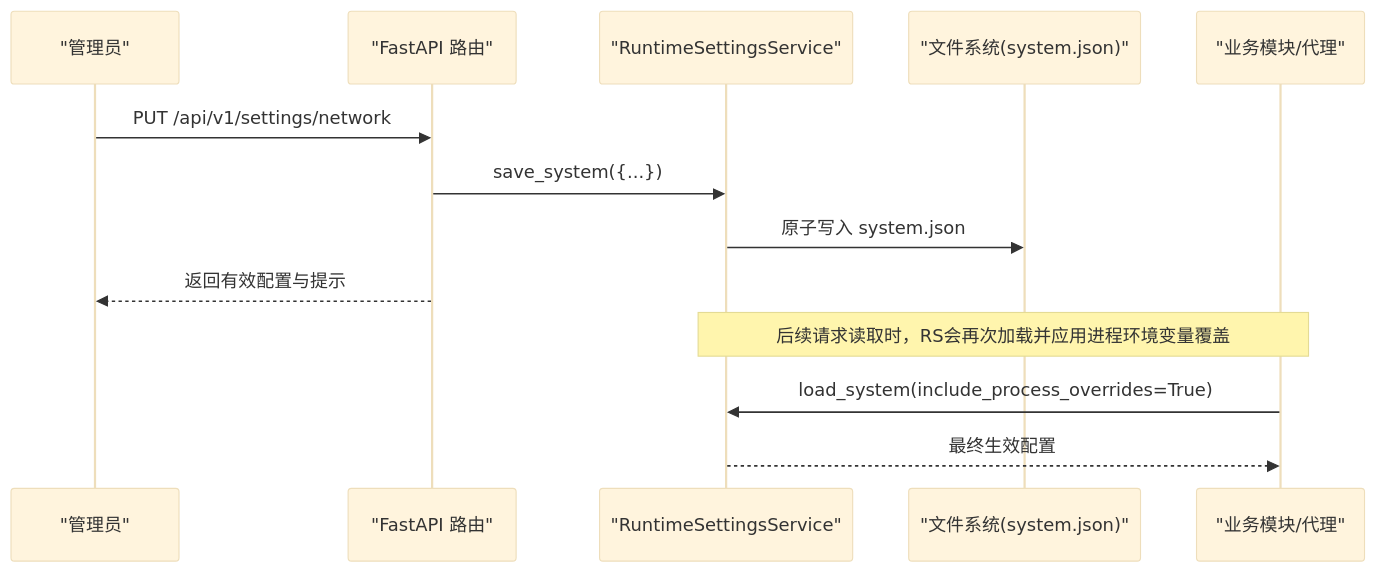
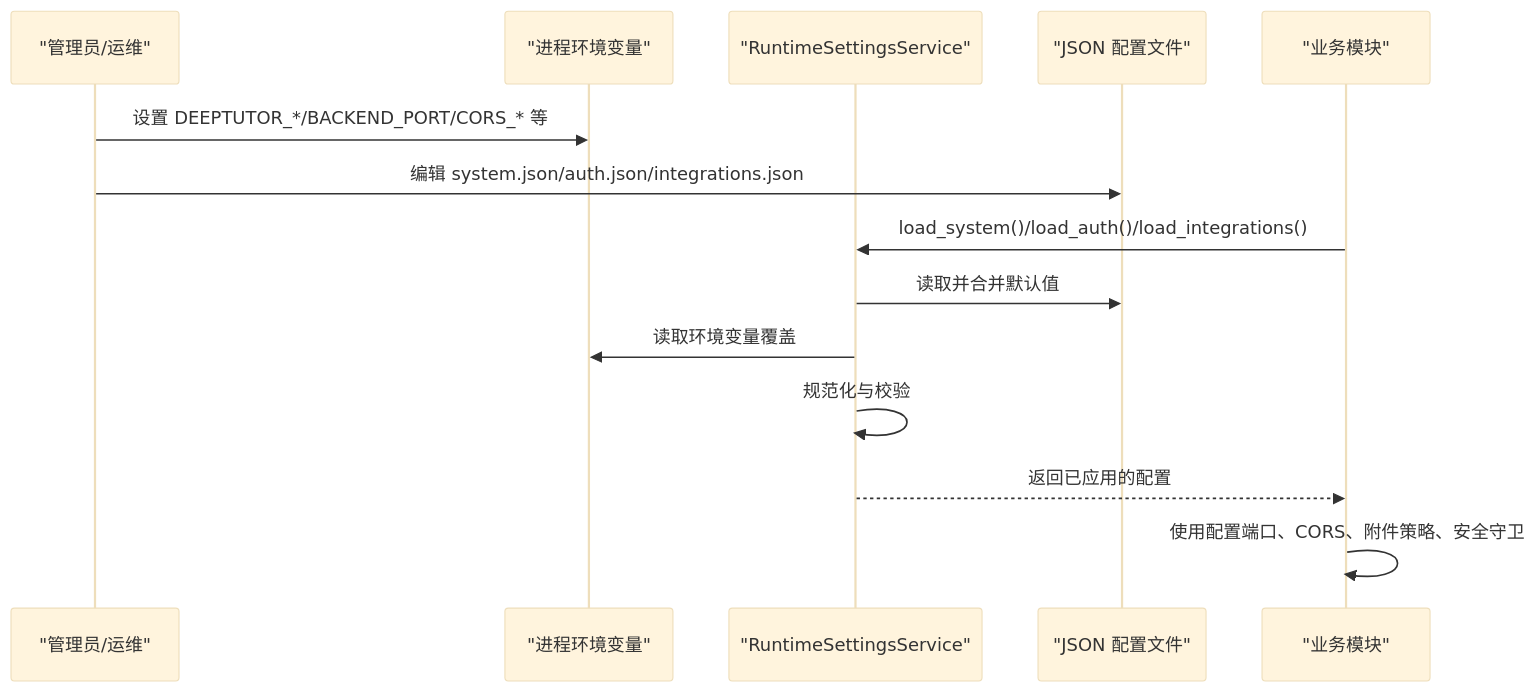
The second of 5 diagrams in .qoder/repowiki/zh/content/配置管理/系统配置.md (gongzili456/DeepTutor), drawn with Mermaid (base theme) before and after one commit. The commit also changed other lines of this file and 1242 other files, not shown here.

````diff
--- a/.qoder/repowiki/zh/content/配置管理/系统配置.md
+++ b/.qoder/repowiki/zh/content/配置管理/系统配置.md
@@ -80,15 +69,16 @@
 ```mermaid
 sequenceDiagram
-participant Admin as "管理员"
-participant API as "FastAPI 路由"
+participant Admin as "管理员/运维"
+participant Env as "进程环境变量"
 participant RS as "RuntimeSettingsService"
-participant FS as "文件系统(system.json)"
-participant App as "业务模块/代理"
-Admin->>API : PUT /api/v1/settings/network
-API->>RS : save_system({...})
-RS->>FS : 原子写入 system.json
-API-->>Admin : 返回有效配置与提示
-Note over App,RS : 后续请求读取时，RS会再次加载并应用进程环境变量覆盖
-App->>RS : load_system(include_process_overrides=True)
-RS-->>App : 最终生效配置
+participant FS as "JSON 配置文件"
+participant App as "业务模块"
+Admin->>Env : 设置 DEEPTUTOR_*/BACKEND_PORT/CORS_* 等
+Admin->>FS : 编辑 system.json/auth.json/integrations.json
+App->>RS : load_system()/load_auth()/load_integrations()
+RS->>FS : 读取并合并默认值
+RS->>Env : 读取环境变量覆盖
+RS->>RS : 规范化与校验
+RS-->>App : 返回已应用的配置
+App->>App : 使用配置端口、CORS、附件策略、安全守卫
 ```
````
